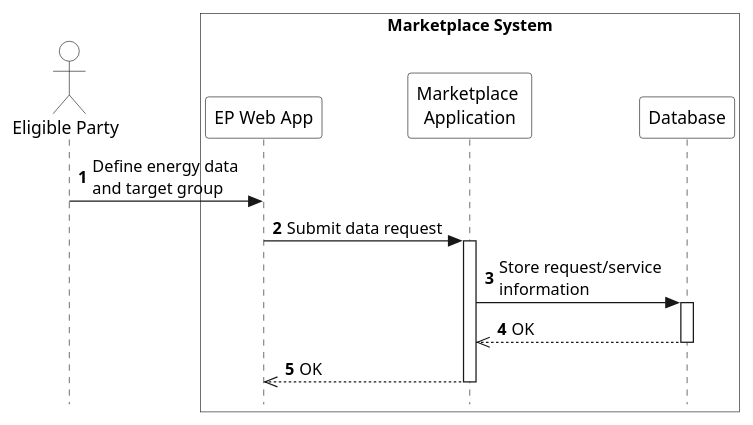
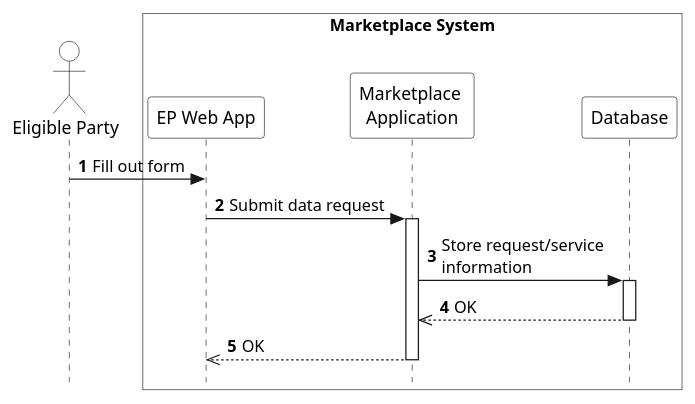
One commit to eddie-energy/architecture changed the diagram in arc42/marketplace/runtime-view/figures/marketplace-create-request.puml. Above: the diagram before and after it, drawn with PlantUML. The commit also changed 8 other files, not shown here.

```diff
--- a/arc42/marketplace/runtime-view/figures/marketplace-create-request.puml
+++ b/arc42/marketplace/runtime-view/figures/marketplace-create-request.puml
@@ -1,29 +1,29 @@
 @startuml marketplace-create-request
 
 skinparam style strictuml
 skinparam sequence {
   ParticipantBackgroundColor transparent
   ActorBackgroundColor transparent
 }
 
 autonumber
 !pragma teoz true
 
 actor "Eligible Party" as ep
 box "Marketplace System" #transparent
   participant "EP Web App" as app
   participant "Marketplace \nApplication" as marketplace
   participant "Database" as database
 end box
 
-ep -> app : Define energy data \nand target group
+ep -> app : Fill out form
 app -> marketplace : Submit data request
 activate marketplace
 marketplace -> database : Store request/service \ninformation
 activate database
 database -->> marketplace : OK
 deactivate database
 marketplace -->> app : OK
 deactivate marketplace
 
 @enduml
```
